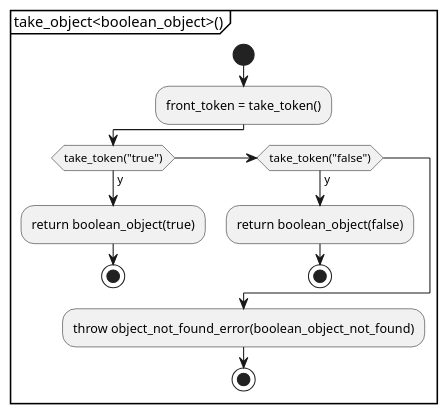
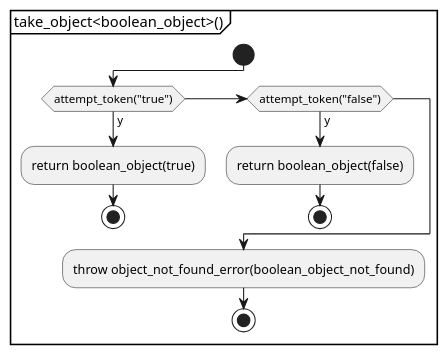
One commit to KodaiYM/PDFReader changed the eighth of 18 diagrams in document/stream_parser.activity.pu. Above: the diagram before and after it, drawn with PlantUML. The commit also changed other lines of this file and 10 other files, not shown here.

```diff
--- a/document/stream_parser.activity.pu
+++ b/document/stream_parser.activity.pu
@@ -276,17 +187,15 @@
 @startuml take_object_boolean
 partition "take_object<boolean_object>()" {
 start
-	:front_token = take_token();
-
-	if (take_token("true")) then (y)
+	if (attempt_token("true")) then (y)
 		:return boolean_object(true);
 		stop
-	elseif (take_token("false")) then (y)
+	elseif (attempt_token("false")) then (y)
 		:return boolean_object(false);
 		stop
 	endif
 
 	:throw object_not_found_error(boolean_object_not_found);
 stop
 }
 @enduml
```
